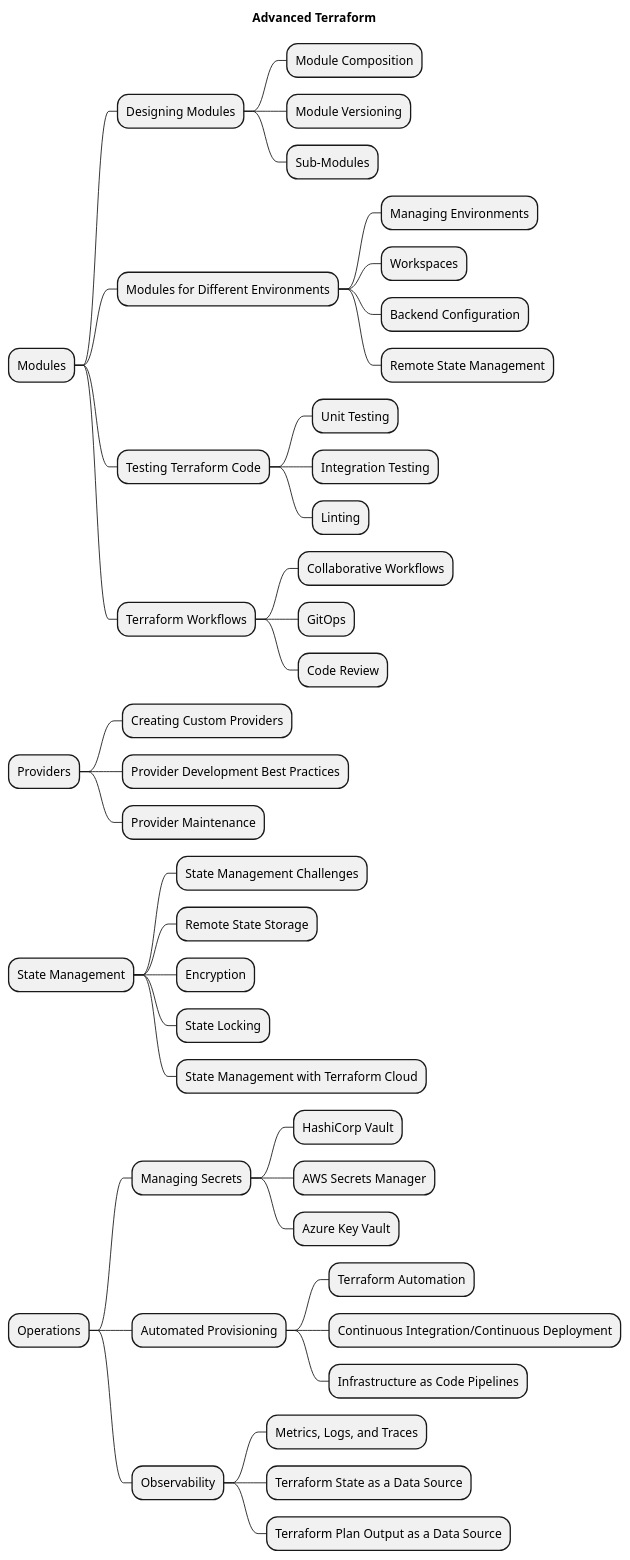
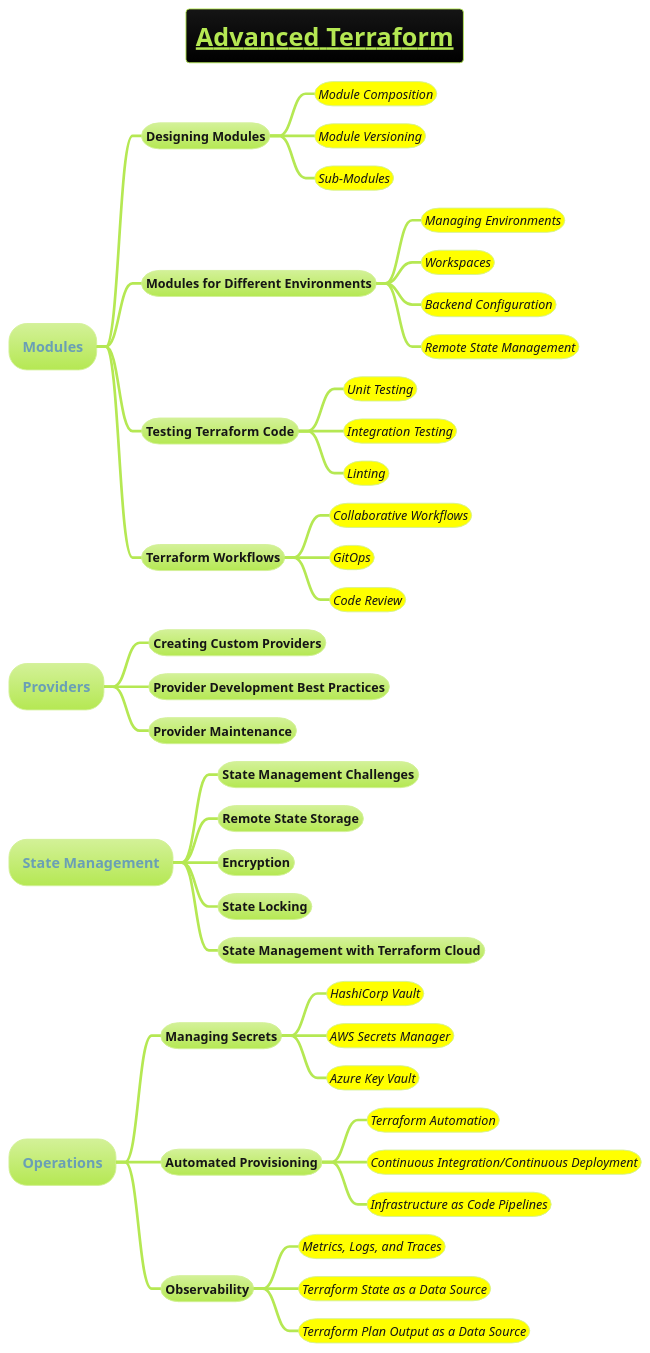
The diagram in docs/3-devops/devops-plantuml-mindmap/advanced-terraform.puml (MehmoodHashmi/Documentation-as-Code-DaC), drawn with PlantUML before and after one commit. The commit also changed 16 other files, not shown here.

```diff
--- a/docs/3-devops/devops-plantuml-mindmap/advanced-terraform.puml
+++ b/docs/3-devops/devops-plantuml-mindmap/advanced-terraform.puml
@@ -1,46 +1,47 @@
 @startmindmap
-title Advanced Terraform
+title =__Advanced Terraform__
+!theme hacker
 
 * Modules
 ** Designing Modules
-*** Module Composition
-*** Module Versioning
-*** Sub-Modules
+***[#yellow] ====<size:14>Module Composition
+***[#yellow] ====<size:14>Module Versioning
+***[#yellow] ====<size:14>Sub-Modules
 ** Modules for Different Environments
-*** Managing Environments
-*** Workspaces
-*** Backend Configuration
-*** Remote State Management
+***[#yellow] ====<size:14>Managing Environments
+***[#yellow] ====<size:14>Workspaces
+***[#yellow] ====<size:14>Backend Configuration
+***[#yellow] ====<size:14>Remote State Management
 ** Testing Terraform Code
-*** Unit Testing
-*** Integration Testing
-*** Linting
+***[#yellow] ====<size:14>Unit Testing
+***[#yellow] ====<size:14>Integration Testing
+***[#yellow] ====<size:14>Linting
 ** Terraform Workflows
-*** Collaborative Workflows
-*** GitOps
-*** Code Review
+***[#yellow] ====<size:14>Collaborative Workflows
+***[#yellow] ====<size:14>GitOps
+***[#yellow] ====<size:14>Code Review
 * Providers
 ** Creating Custom Providers
 ** Provider Development Best Practices
 ** Provider Maintenance
 * State Management
 ** State Management Challenges
 ** Remote State Storage
 ** Encryption
 ** State Locking
 ** State Management with Terraform Cloud
 * Operations
 ** Managing Secrets
-*** HashiCorp Vault
-*** AWS Secrets Manager
-*** Azure Key Vault
+***[#yellow] ====<size:14>HashiCorp Vault
+***[#yellow] ====<size:14>AWS Secrets Manager
+***[#yellow] ====<size:14>Azure Key Vault
 ** Automated Provisioning
-*** Terraform Automation
-*** Continuous Integration/Continuous Deployment
-*** Infrastructure as Code Pipelines
+***[#yellow] ====<size:14>Terraform Automation
+***[#yellow] ====<size:14>Continuous Integration/Continuous Deployment
+***[#yellow] ====<size:14>Infrastructure as Code Pipelines
 ** Observability
-*** Metrics, Logs, and Traces
-*** Terraform State as a Data Source
-*** Terraform Plan Output as a Data Source
+***[#yellow] ====<size:14>Metrics, Logs, and Traces
+***[#yellow] ====<size:14>Terraform State as a Data Source
+***[#yellow] ====<size:14>Terraform Plan Output as a Data Source
 
 @endmindmap
```
